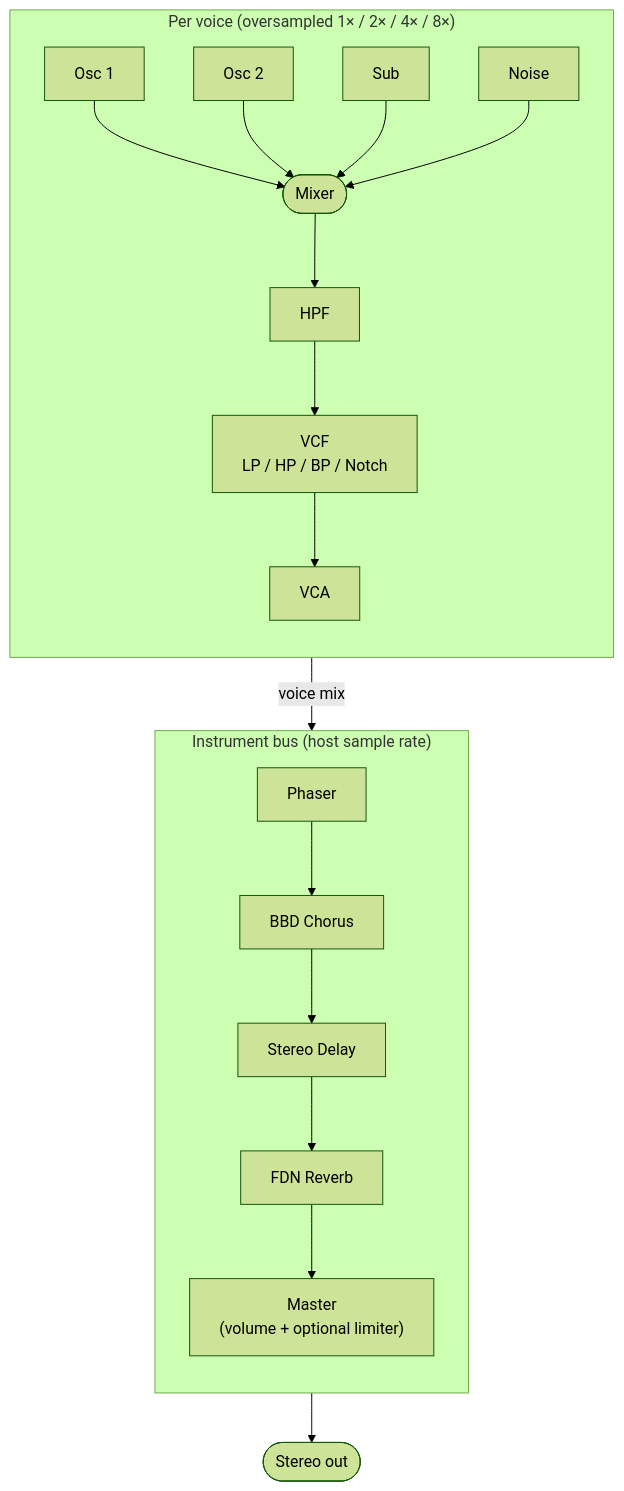
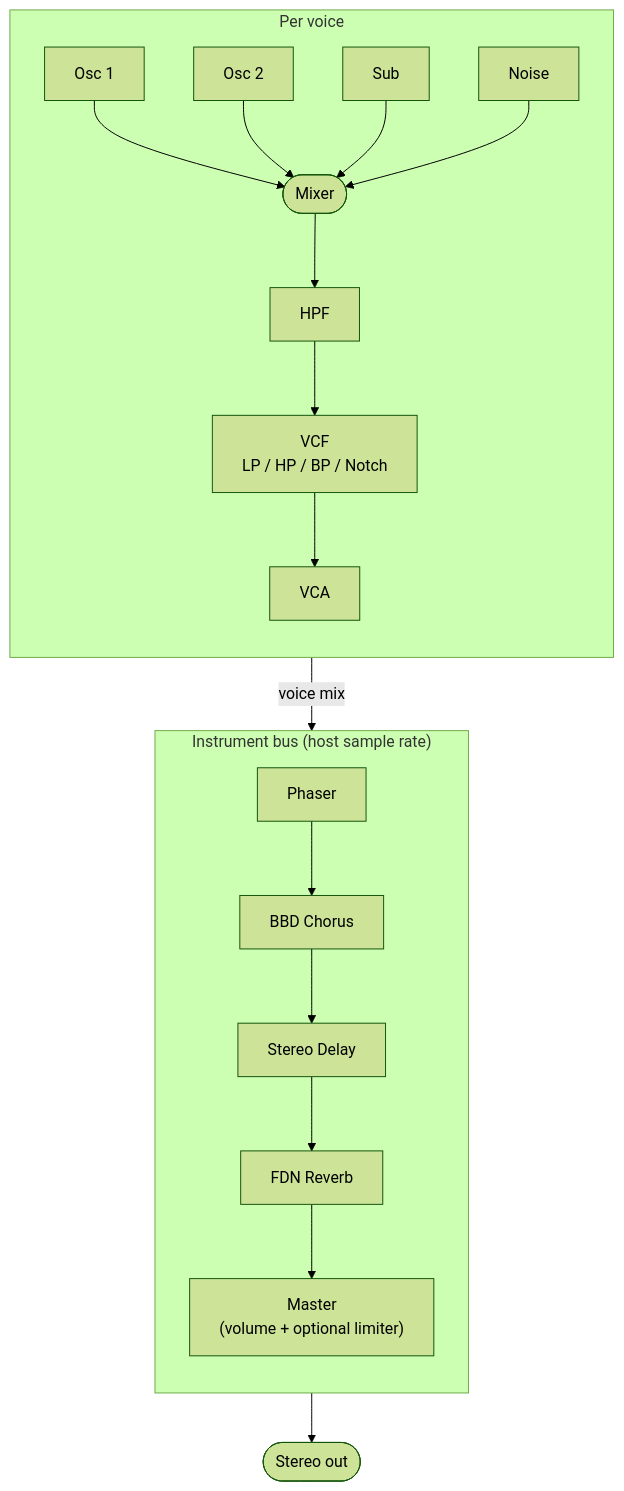
Before and after one commit to Vulpus-Labs/vxn-1: the diagram in vxn-1/docs/src/mental-model.md, drawn with Mermaid (forest theme).

Commit message:
docs(vxn-1): shorten per-voice subgraph header
"Per voice (oversampled 1× / 2× / 4× / 8×)" overflowed the
subgraph frame and partly disappeared behind the nodes. The
oversampling detail is already in the bullet list below.

````diff
--- a/vxn-1/docs/src/mental-model.md
+++ b/vxn-1/docs/src/mental-model.md
@@ -7,30 +7,30 @@
 ```mermaid
 flowchart TD
-    subgraph voice ["Per voice (oversampled 1× / 2× / 4× / 8×)"]
+    subgraph voice ["Per voice"]
         direction TB
         osc1[Osc 1]
         osc2[Osc 2]
         sub[Sub]
         noise[Noise]
         mix([Mixer])
         hpf[HPF]
         vcf["VCF<br/>LP / HP / BP / Notch"]
         vca[VCA]
         osc1 --> mix
         osc2 --> mix
         sub --> mix
         noise --> mix
         mix --> hpf --> vcf --> vca
     end
     subgraph inst ["Instrument bus (host sample rate)"]
         direction TB
         phaser[Phaser]
         chorus["BBD Chorus"]
         delay["Stereo Delay"]
         reverb["FDN Reverb"]
         master["Master<br/>(volume + optional limiter)"]
         phaser --> chorus --> delay --> reverb --> master
     end
     voice -- "voice mix" --> phaser
     master --> out([Stereo out])
 ```
````
